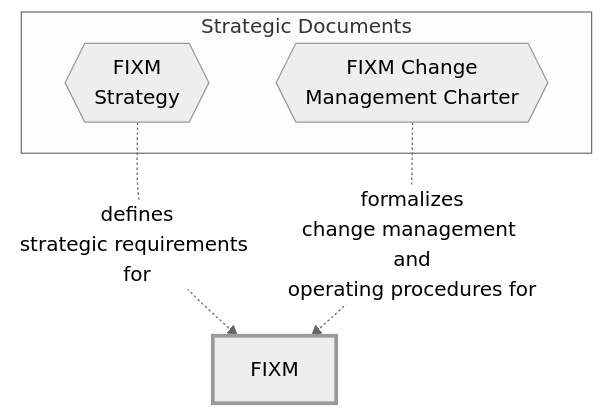
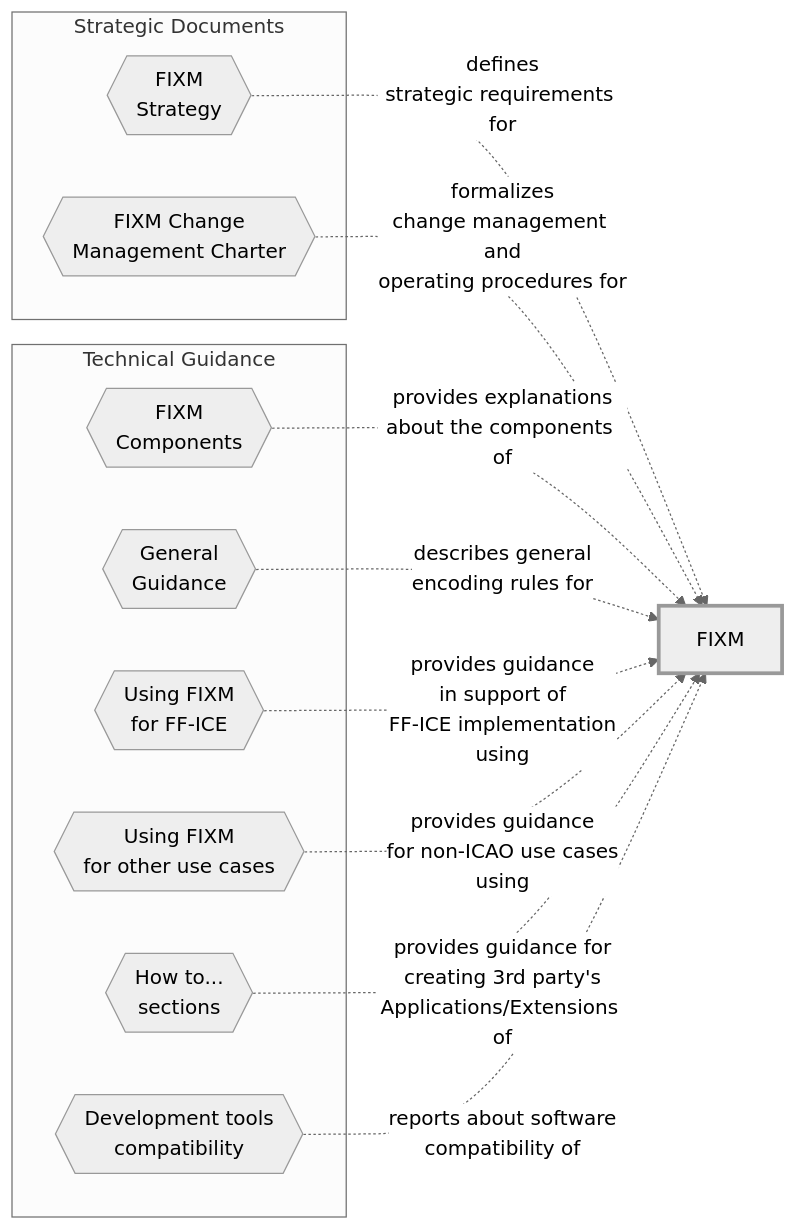
One commit to fixm-ccb/FIXM-Core-4.2.0-testing changed the diagram in docs/home.md. Above: the diagram before and after it, drawn with Mermaid (neutral theme). The commit also changed other lines of this file, not shown here.

````diff
--- a/docs/home.md
+++ b/docs/home.md
@@ -9,29 +11,43 @@
 ```mermaid
-graph TD
+graph LR
 
 FIXM
 
 subgraph Strategic Documents
 STRATEGY{{FIXM<br>Strategy}}
 CHARTER{{FIXM Change<br>Management Charter}}
 %% VERSIONING{{FIXM<br>Versioning Policy}}
 %% RELEASEPLAN{{FIXM<br>Release Plan}}
 end
 
+subgraph Technical Guidance
+FIXM_COMPONENTS{{FIXM<br>Components}}
+GENERAL_GUIDANCE{{General<br>Guidance}}
+FIXM_FOR_FFICE{{Using FIXM<br>for FF-ICE}}
+FIXM_FOR_OTHER_USE{{Using FIXM<br>for other use cases}}
+HOW_TO{{How to...<br>sections}}
+FIXM_DEV_TOOLS_COMPATIBILITY{{Development tools<br>compatibility}}
+end
+
 STRATEGY-. defines<br>strategic requirements for .-> FIXM
 CHARTER-.  formalizes<br>change management and<br>operating procedures for .-> FIXM
-%% VERSIONING-. describes<br>versioning policy for .-> FIXM
-%% RELEASEPLAN-. describes<br>roadmap for .-> FIXM
 
-%% style STRATEGY fill:#F0FFFF,stroke:#333,stroke-width:3px
-%% style CHARTER fill:#F0FFFF,stroke:#333,stroke-width:3px
-%% style VERSIONING fill:#F0FFFF,stroke:#333,stroke-width:3px
-%% style RELEASEPLAN fill:#F0FFFF,stroke:#333,stroke-width:3px
-%% style FIXM fill:#F0FFFF,stroke:#333,stroke-width:3px
+FIXM_COMPONENTS-. provides explanations<br>about the components of .-> FIXM
+GENERAL_GUIDANCE-. describes general<br>encoding rules for .-> FIXM
+FIXM_FOR_FFICE-. provides guidance<br>in support of<br>FF-ICE implementation<br>using .-> FIXM
+FIXM_FOR_OTHER_USE-. provides guidance<br>for non-ICAO use cases<br>using.-> FIXM
+HOW_TO-. provides guidance for<br>creating 3rd party's<br>Applications/Extensions of .-> FIXM
+FIXM_DEV_TOOLS_COMPATIBILITY-. reports about software<br>compatibility of.-> FIXM
+
 style FIXM stroke-width:3px
 
 click STRATEGY "https://fixm-ccb.github.io/FIXM-Core-4.2.0-testing/#/strategic-docs/strategy" "Browse the FIXM Strategy"
 click CHARTER "https://fixm-ccb.github.io/FIXM-Core-4.2.0-testing/#/strategic-docs/charter" "Browse the FIXM Change Management Charter"
-%% click VERSIONING "https://fixm-ccb.github.io/FIXM-Core-4.2.0-testing/#/strategic-docs/versioning" "Browse the FIXM Versioning Policy"
-%% click RELEASEPLAN "https://fixm-ccb.github.io/FIXM-Core-4.2.0-testing/#/strategic-docs/releasePlan" "Browse the FIXM Release Plan"
+
+click FIXM_COMPONENTS "https://fixm-ccb.github.io/FIXM-Core-4.2.0-testing/#/general-guidance/fixm-components-introduction" "Explanations about the main FIXM components"
+click GENERAL_GUIDANCE "https://fixm-ccb.github.io/FIXM-Core-4.2.0-testing/#/general-guidance/introduction" "Browse the FIXM Change Management Charter"
+click FIXM_FOR_FFICE "https://fixm-ccb.github.io/FIXM-Core-4.2.0-testing/#/fixm-in-support-of-ffice/ffice-application-for-fixm" "Browse the FIXM Versioning Policy"
+click FIXM_FOR_OTHER_USE "https://fixm-ccb.github.io/FIXM-Core-4.2.0-testing/#/fixm-for-other-use-cases/using-fixm-core-without-an-application" "Browse the FIXM Release Plan"
+click HOW_TO "https://fixm-ccb.github.io/FIXM-Core-4.2.0-testing/#/how-to-create-application/initial-download-and-setup" "Browse the FIXM Release Plan"
+click FIXM_DEV_TOOLS_COMPATIBILITY "https://fixm-ccb.github.io/FIXM-Core-4.2.0-testing/#/fixm-development-tool-compatibility/introduction" "Browse the FIXM Release Plan"
 ```
````
